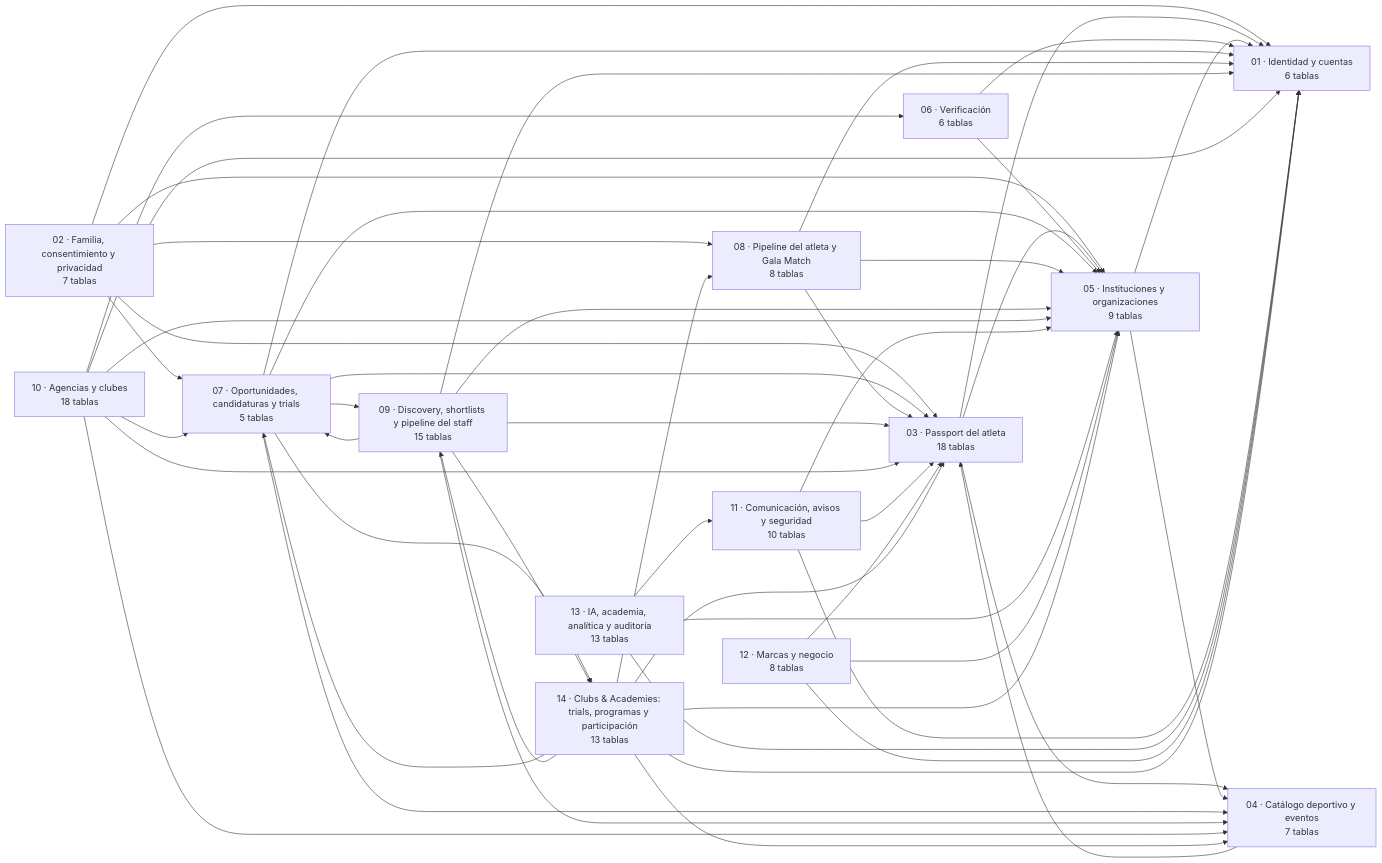
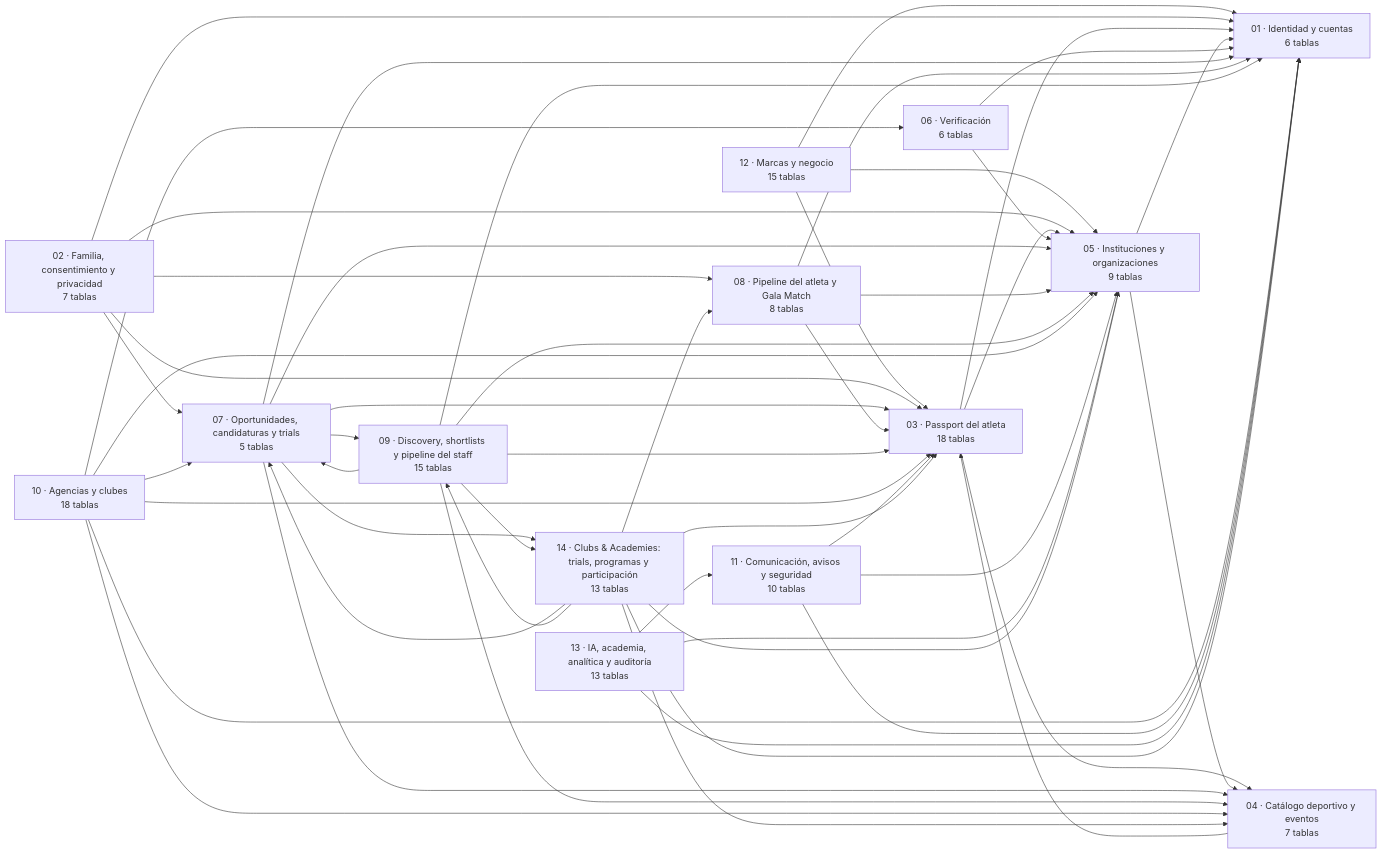
The first of 2 diagrams in docs/erd/00-MASTER.md (Galacamarena9/THE-GALA-ALLIANCE), drawn with Mermaid before and after one commit. The commit also changed other lines of this file and 11 other files, not shown here.

````diff
--- a/docs/erd/00-MASTER.md
+++ b/docs/erd/00-MASTER.md
@@ -13,67 +13,67 @@
 ```mermaid
 flowchart LR
   D01["01 · Identidad y cuentas<br>6 tablas"]
   D02["02 · Familia, consentimiento y privacidad<br>7 tablas"]
   D03["03 · Passport del atleta<br>18 tablas"]
   D04["04 · Catálogo deportivo y eventos<br>7 tablas"]
   D05["05 · Instituciones y organizaciones<br>9 tablas"]
   D06["06 · Verificación<br>6 tablas"]
   D07["07 · Oportunidades, candidaturas y trials<br>5 tablas"]
   D08["08 · Pipeline del atleta y Gala Match<br>8 tablas"]
   D09["09 · Discovery, shortlists y pipeline del staff<br>15 tablas"]
   D10["10 · Agencias y clubes<br>18 tablas"]
   D11["11 · Comunicación, avisos y seguridad<br>10 tablas"]
-  D12["12 · Marcas y negocio<br>8 tablas"]
+  D12["12 · Marcas y negocio<br>15 tablas"]
   D13["13 · IA, academia, analítica y auditoría<br>13 tablas"]
   D14["14 · Clubs & Academies: trials, programas y participación<br>13 tablas"]
+  D12 --> D01
+  D12 --> D03
+  D12 --> D05
   D02 --> D01
   D02 --> D03
   D02 --> D05
   D02 --> D07
   D02 --> D08
   D03 --> D01
   D03 --> D04
   D03 --> D05
   D04 --> D03
   D05 --> D01
   D05 --> D04
   D06 --> D01
   D06 --> D05
   D07 --> D01
   D07 --> D03
   D07 --> D04
   D07 --> D05
   D07 --> D09
   D07 --> D14
   D08 --> D01
   D08 --> D03
   D08 --> D05
   D09 --> D01
   D09 --> D03
   D09 --> D04
   D09 --> D05
   D09 --> D07
   D09 --> D14
   D10 --> D01
   D10 --> D03
   D10 --> D04
   D10 --> D05
   D10 --> D06
   D10 --> D07
   D11 --> D01
   D11 --> D03
   D11 --> D05
   D13 --> D01
   D13 --> D05
   D13 --> D11
-  D12 --> D01
-  D12 --> D03
-  D12 --> D05
   D14 --> D01
   D14 --> D03
   D14 --> D04
   D14 --> D05
   D14 --> D07
   D14 --> D08
   D14 --> D09
 ```
````
